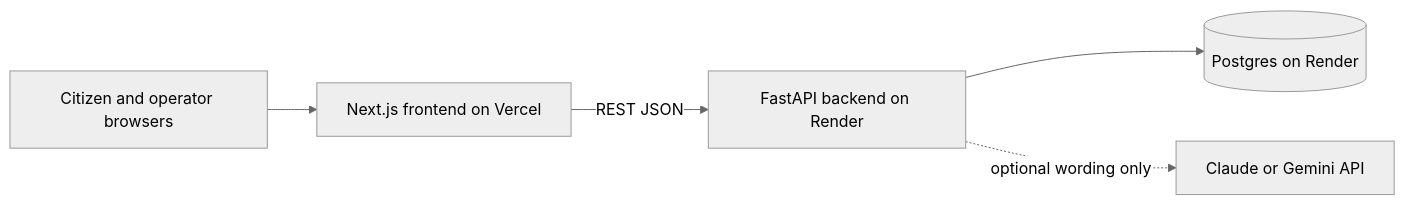
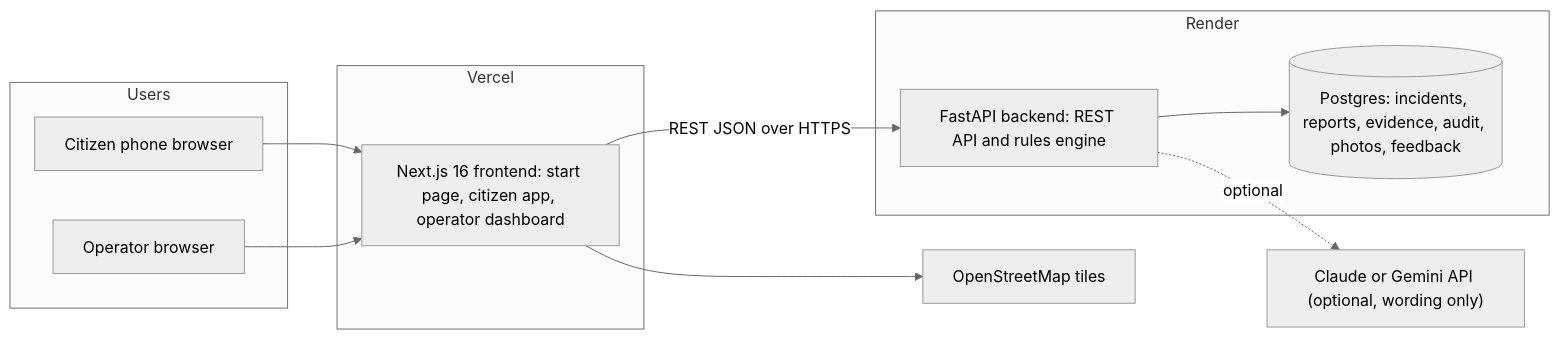
The first of 6 diagrams in README.md (srtkio/converge_trojans), drawn with Mermaid (neutral theme) before and after one commit. The commit also changed other lines of this file, not shown here.

Commit message:
README: full detail (setup, configuration, API, rules, workflow, stack, diagrams, troubleshooting)

````diff
--- a/README.md
+++ b/README.md
@@ -71,7 +110,22 @@
 ```mermaid
 flowchart LR
-  U["Citizen and operator browsers"] --> V["Next.js frontend on Vercel"]
-  V -->|"REST JSON"| A["FastAPI backend on Render"]
-  A --> P[("Postgres on Render")]
-  A -.->|"optional wording only"| C["Claude or Gemini API"]
+  subgraph Users
+    CP["Citizen phone browser"]
+    OB["Operator browser"]
+  end
+  subgraph Vercel
+    FE["Next.js 16 frontend: start page, citizen app, operator dashboard"]
+  end
+  subgraph Render
+    API["FastAPI backend: REST API and rules engine"]
+    DB[("Postgres: incidents, reports, evidence, audit, photos, feedback")]
+  end
+  LLM["Claude or Gemini API (optional, wording only)"]
+  OSM["OpenStreetMap tiles"]
+  CP --> FE
+  OB --> FE
+  FE -->|"REST JSON over HTTPS"| API
+  API --> DB
+  API -.->|"optional"| LLM
+  FE --> OSM
 ```
````
